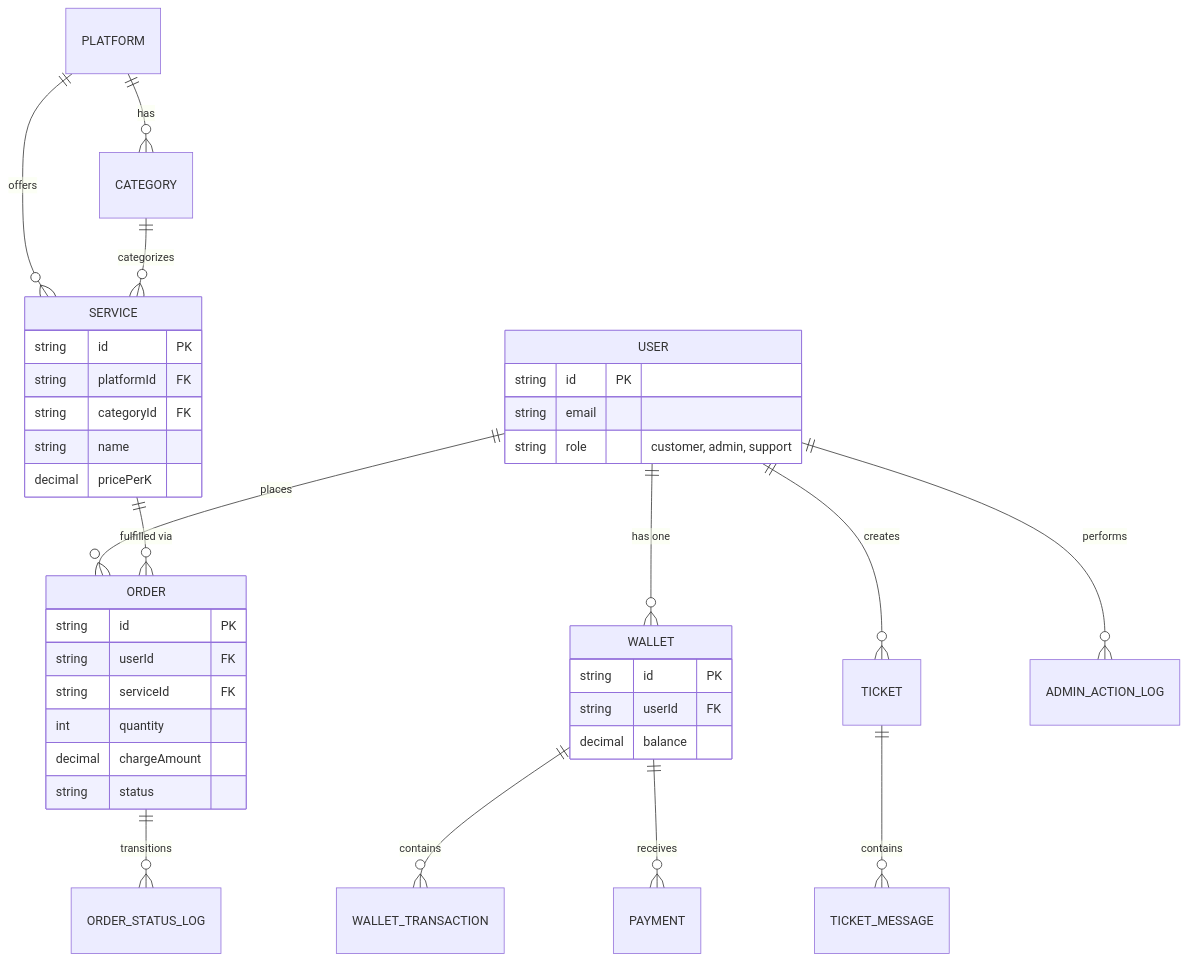
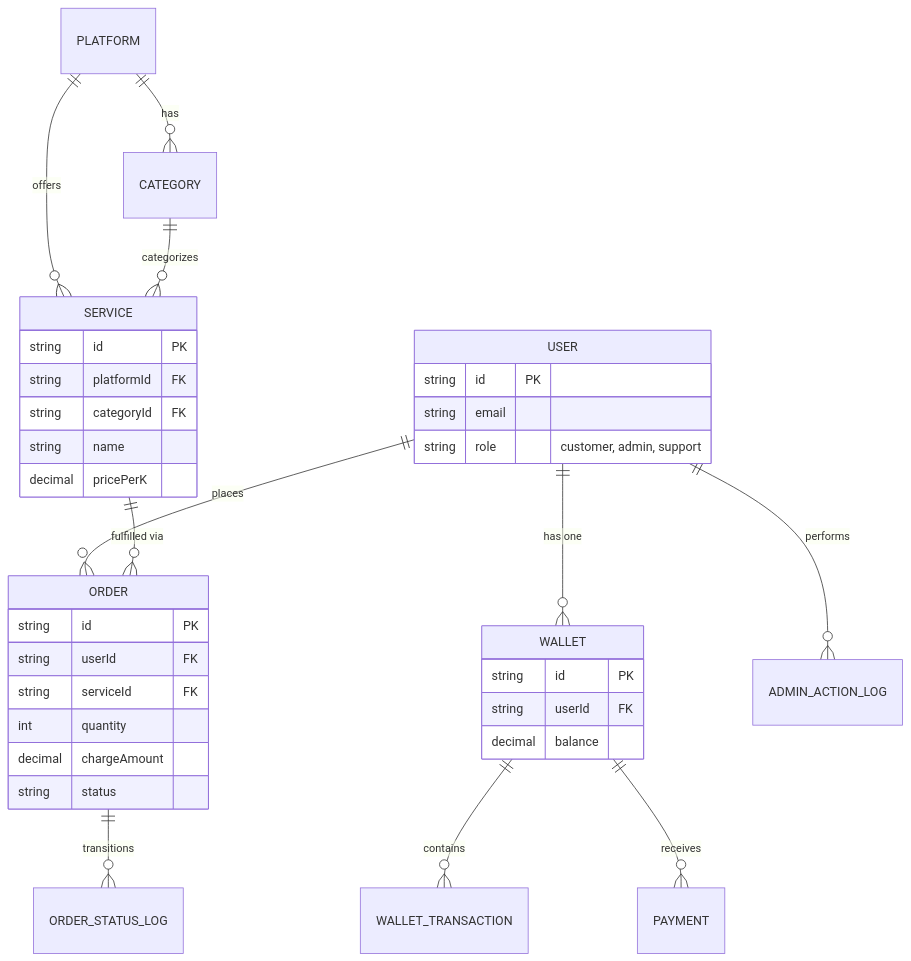
One commit to MohamedMBG/digital-mania-growth changed the diagram in docs/architecture/database_schema.md. Above: the diagram before and after it, drawn with Mermaid. The commit also changed other lines of this file and 9 other files, not shown here.

````diff
--- a/docs/architecture/database_schema.md
+++ b/docs/architecture/database_schema.md
@@ -9,44 +9,42 @@
 ```mermaid
 erDiagram
     USER ||--o{ WALLET : "has one"
     USER ||--o{ ORDER : "places"
-    USER ||--o{ TICKET : "creates"
     USER ||--o{ ADMIN_ACTION_LOG : "performs"
     WALLET ||--o{ WALLET_TRANSACTION : "contains"
     WALLET ||--o{ PAYMENT : "receives"
     PLATFORM ||--o{ CATEGORY : "has"
     PLATFORM ||--o{ SERVICE : "offers"
     CATEGORY ||--o{ SERVICE : "categorizes"
     SERVICE ||--o{ ORDER : "fulfilled via"
     ORDER ||--o{ ORDER_STATUS_LOG : "transitions"
-    TICKET ||--o{ TICKET_MESSAGE : "contains"
 
     USER {
         string id PK
         string email
         string role "customer, admin, support"
     }
 
     WALLET {
         string id PK
         string userId FK
         decimal balance
     }
 
     SERVICE {
         string id PK
         string platformId FK
         string categoryId FK
         string name
         decimal pricePerK
     }
 
     ORDER {
         string id PK
         string userId FK
         string serviceId FK
         int quantity
         decimal chargeAmount
         string status
     }
 ```
````
